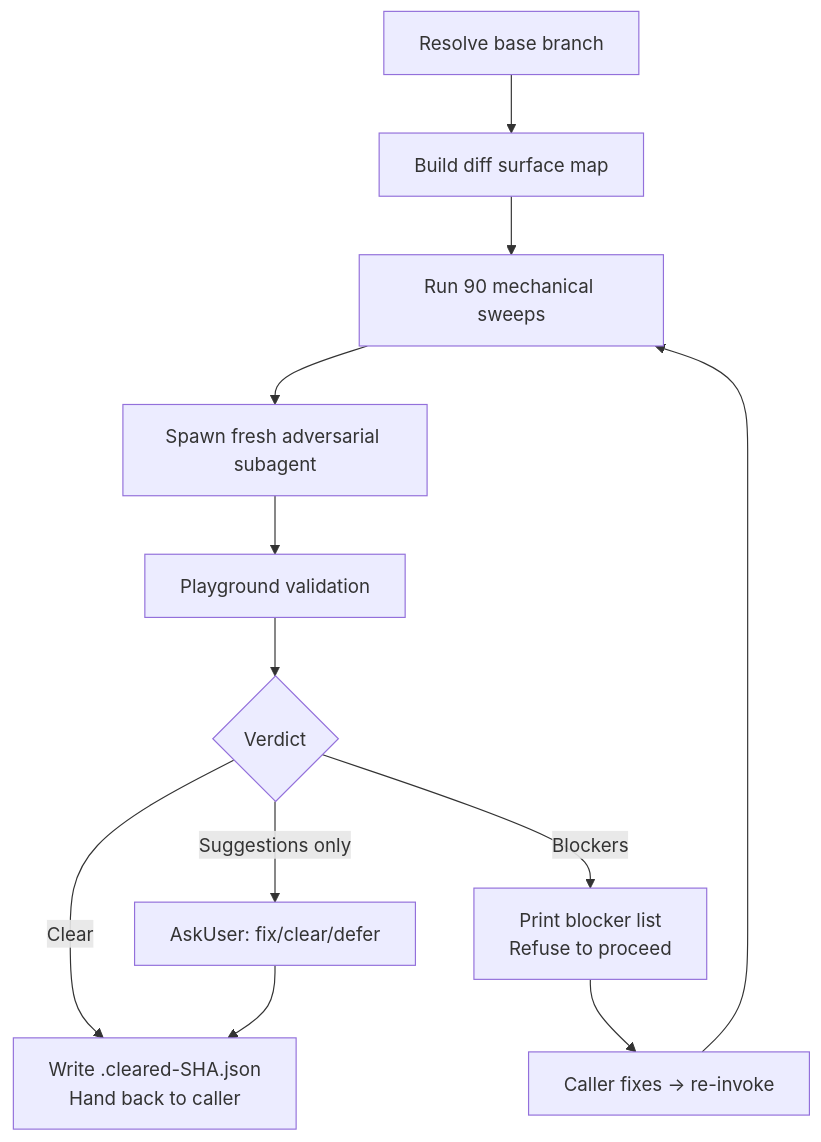
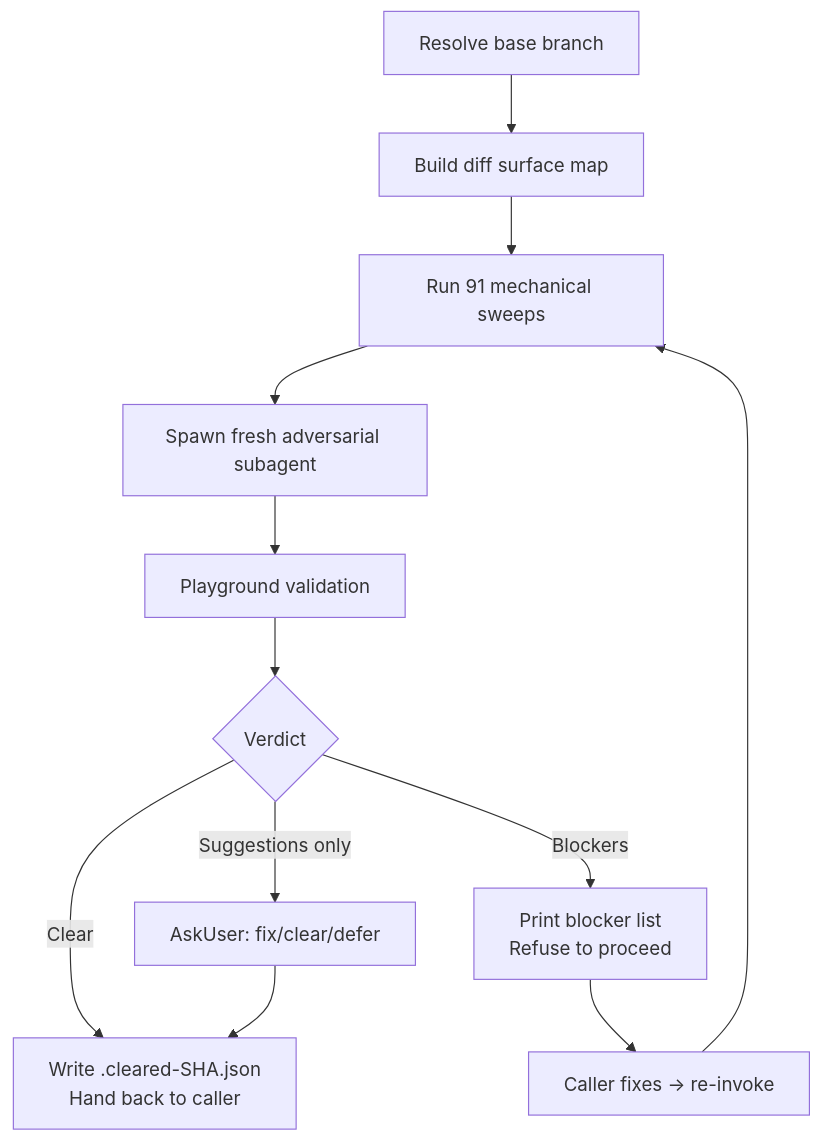
The diagram in skills/adversarial-review/README.md (whizzzkid/skills), drawn with Mermaid before and after one commit. The commit also changed other lines of this file and 3 other files, not shown here.

````diff
--- a/skills/adversarial-review/README.md
+++ b/skills/adversarial-review/README.md
@@ -16,14 +16,14 @@
 ```mermaid
 flowchart TD
     A[Resolve base branch] --> B[Build diff surface map]
-    B --> C[Run 90 mechanical sweeps]
+    B --> C[Run 91 mechanical sweeps]
     C --> D[Spawn fresh adversarial subagent]
     D --> E[Playground validation]
     E --> F{Verdict}
     F -->|Clear| G[Write .cleared-SHA.json<br/>Hand back to caller]
     F -->|Blockers| H[Print blocker list<br/>Refuse to proceed]
     F -->|Suggestions only| I[AskUser: fix/clear/defer]
     H --> J[Caller fixes → re-invoke]
     J --> C
     I --> G
 ```
````
